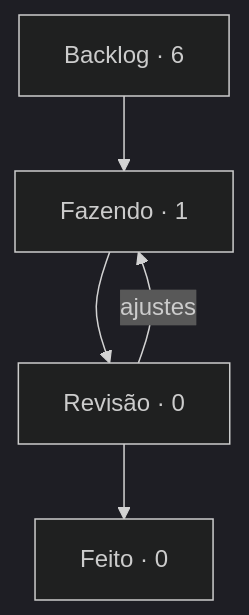
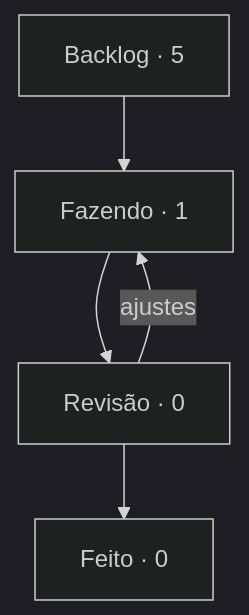
The diagram in boards/dungeon-bend/BOARD.md (StudioVibi/VibiKanban), drawn with Mermaid (dark theme) before and after one commit. The commit also changed other lines of this file and 2 other files, not shown here.

````diff
--- a/boards/dungeon-bend/BOARD.md
+++ b/boards/dungeon-bend/BOARD.md
@@ -5,10 +5,10 @@
 ```mermaid
 flowchart TD
-  backlog["Backlog · 6"] --> doing["Fazendo · 1"]
+  backlog["Backlog · 5"] --> doing["Fazendo · 1"]
   doing --> review["Revisão · 0"]
   review --> done["Feito · 0"]
   review -->|ajustes| doing
   doing:::blue
   review:::yellow
   done:::green
 ```
````
